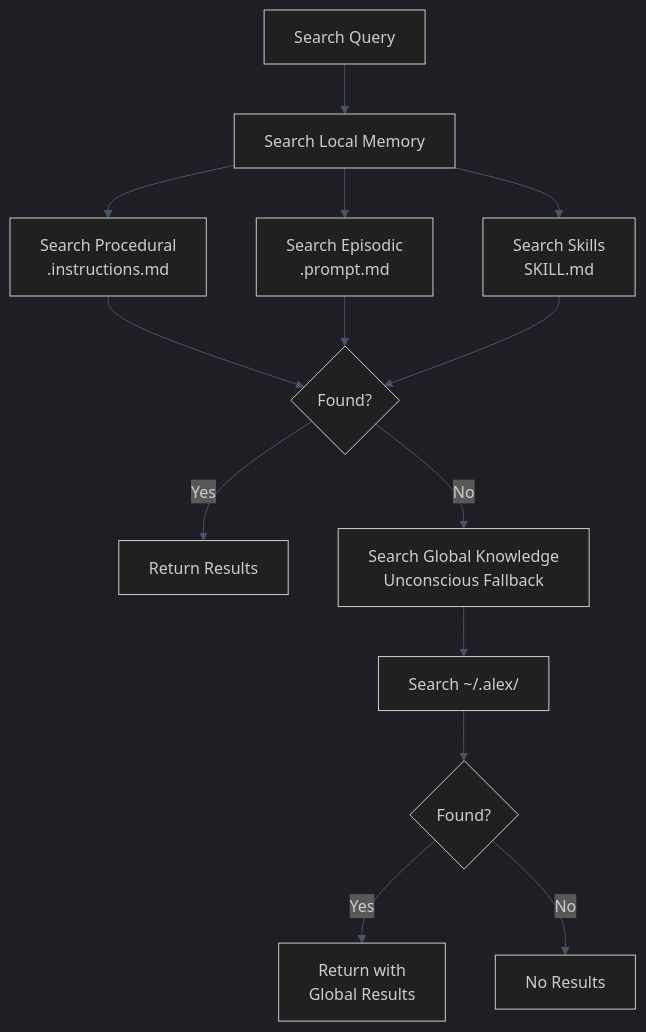
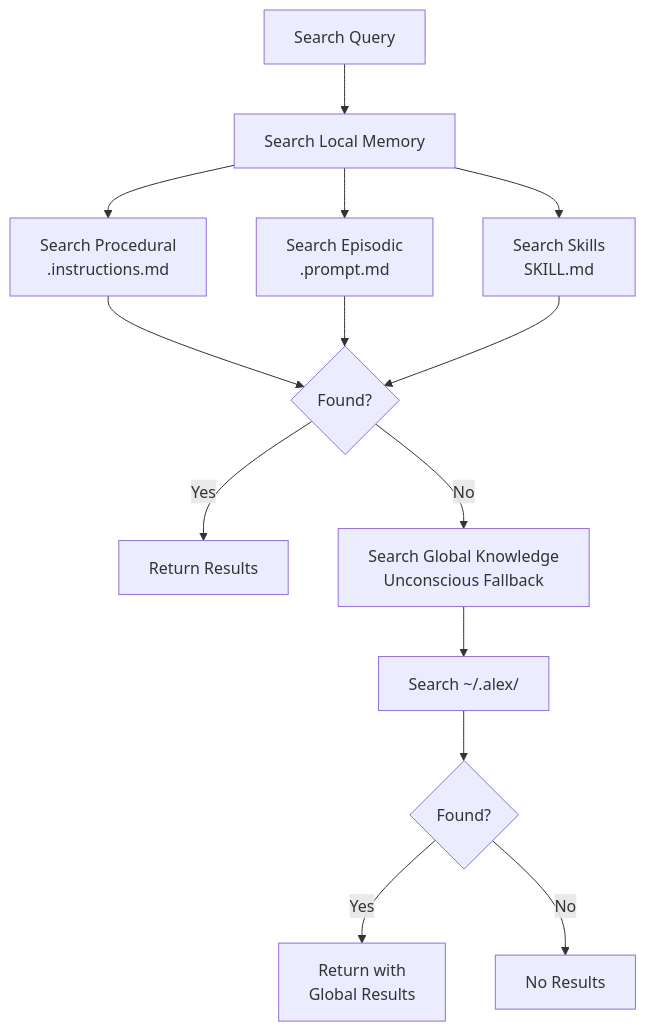
One commit to fabioc-aloha/Alex_Plug_In changed the third of 4 diagrams in alex_docs/architecture/MEMORY-SYSTEMS.md. Above: the diagram before and after it, drawn with Mermaid. The commit also changed other lines of this file, not shown here.

First line of the commit message:
fix: Mermaid diagrams in MEMORY-SYSTEMS.md

````diff
--- a/alex_docs/architecture/MEMORY-SYSTEMS.md
+++ b/alex_docs/architecture/MEMORY-SYSTEMS.md
@@ -410,24 +408,23 @@
 ```mermaid
-%%{init: {'theme': 'dark', 'themeVariables': {'background': '#0f172a', 'primaryColor': '#1e293b', 'primaryTextColor': '#f1f5f9', 'primaryBorderColor': '#818cf8', 'lineColor': '#475569', 'secondaryColor': '#1e293b', 'secondaryBorderColor': '#2dd4bf', 'tertiaryColor': '#1e293b', 'fontFamily': 'Segoe UI, system-ui, sans-serif'}}}%%
 flowchart TD
     QUERY[Search Query]
 
     QUERY --> LOCAL[Search Local Memory]
 
     LOCAL --> PM_SEARCH[Search Procedural<br/>.instructions.md]
     LOCAL --> EM_SEARCH[Search Episodic<br/>.prompt.md]
     LOCAL --> SK_SEARCH[Search Skills<br/>SKILL.md]
 
     PM_SEARCH --> RESULTS{Found?}
     EM_SEARCH --> RESULTS
     SK_SEARCH --> RESULTS
 
     RESULTS -->|Yes| RETURN[Return Results]
     RESULTS -->|No| GLOBAL[Search Global Knowledge<br/>Unconscious Fallback]
 
     GLOBAL --> GK_SEARCH[Search ~/.alex/]
     GK_SEARCH --> GK_RESULTS{Found?}
 
     GK_RESULTS -->|Yes| AUGMENT[Return with<br/>Global Results]
     GK_RESULTS -->|No| EMPTY[No Results]
 ```
````
